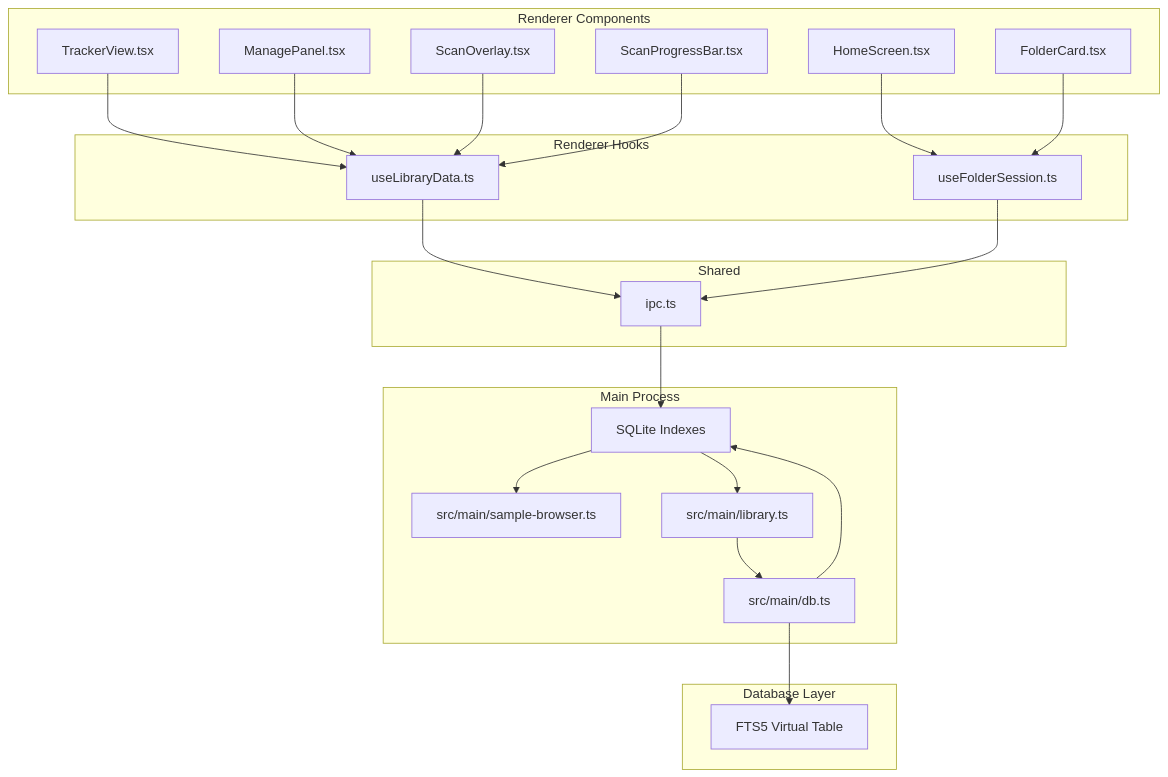
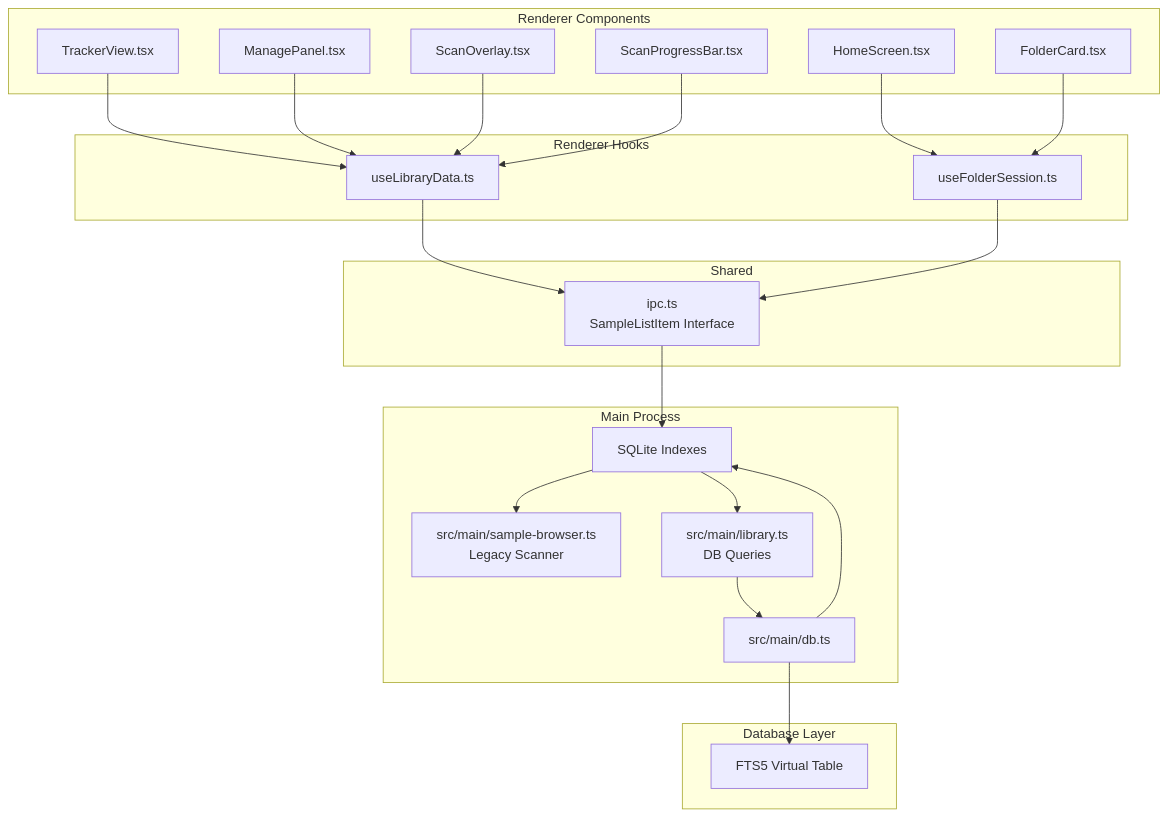
Before and after one commit to satyrlord/mixjam-electron: the first of 10 diagrams in .qoder/repowiki/en/content/Sample Browser.md, drawn with Mermaid. The commit also changed other lines of this file and 7 other files, not shown here.

````diff
--- a/.qoder/repowiki/en/content/Sample Browser.md
+++ b/.qoder/repowiki/en/content/Sample Browser.md
@@ -58,42 +56,42 @@
 ```mermaid
 graph TB
 subgraph "Renderer Components"
 TV["TrackerView.tsx"]
 HS["HomeScreen.tsx"]
 MP["ManagePanel.tsx"]
 FC["FolderCard.tsx"]
 SO["ScanOverlay.tsx"]
 SPB["ScanProgressBar.tsx"]
 end
 subgraph "Renderer Hooks"
 ULD["useLibraryData.ts"]
 UF["useFolderSession.ts"]
 end
 subgraph "Shared"
-IPC["ipc.ts"]
+IPC["ipc.ts<br/>SampleListItem Interface"]
 end
 subgraph "Main Process"
 IDX["src/main/index.ts"]
-SB["src/main/sample-browser.ts"]
-LIB["src/main/library.ts"]
+SB["src/main/sample-browser.ts<br/>Legacy Scanner"]
+LIB["src/main/library.ts<br/>DB Queries"]
 DB["src/main/db.ts"]
 end
 subgraph "Database Layer"
 FTS["FTS5 Virtual Table"]
 IDX["SQLite Indexes"]
 end
 TV --> ULD
 HS --> UF
 MP --> ULD
 FC --> UF
 SO --> ULD
 SPB --> ULD
 ULD --> IPC
 UF --> IPC
 IPC --> IDX
 IDX --> SB
 IDX --> LIB
 LIB --> DB
 DB --> FTS
 DB --> IDX
 ```
````
